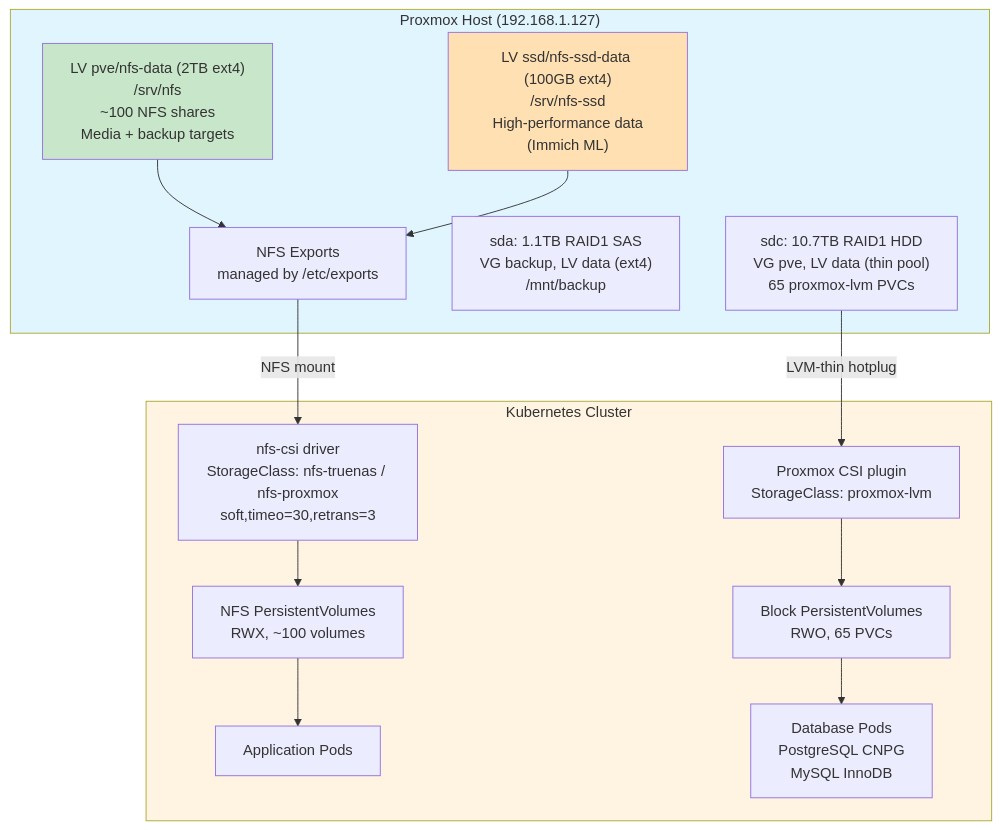
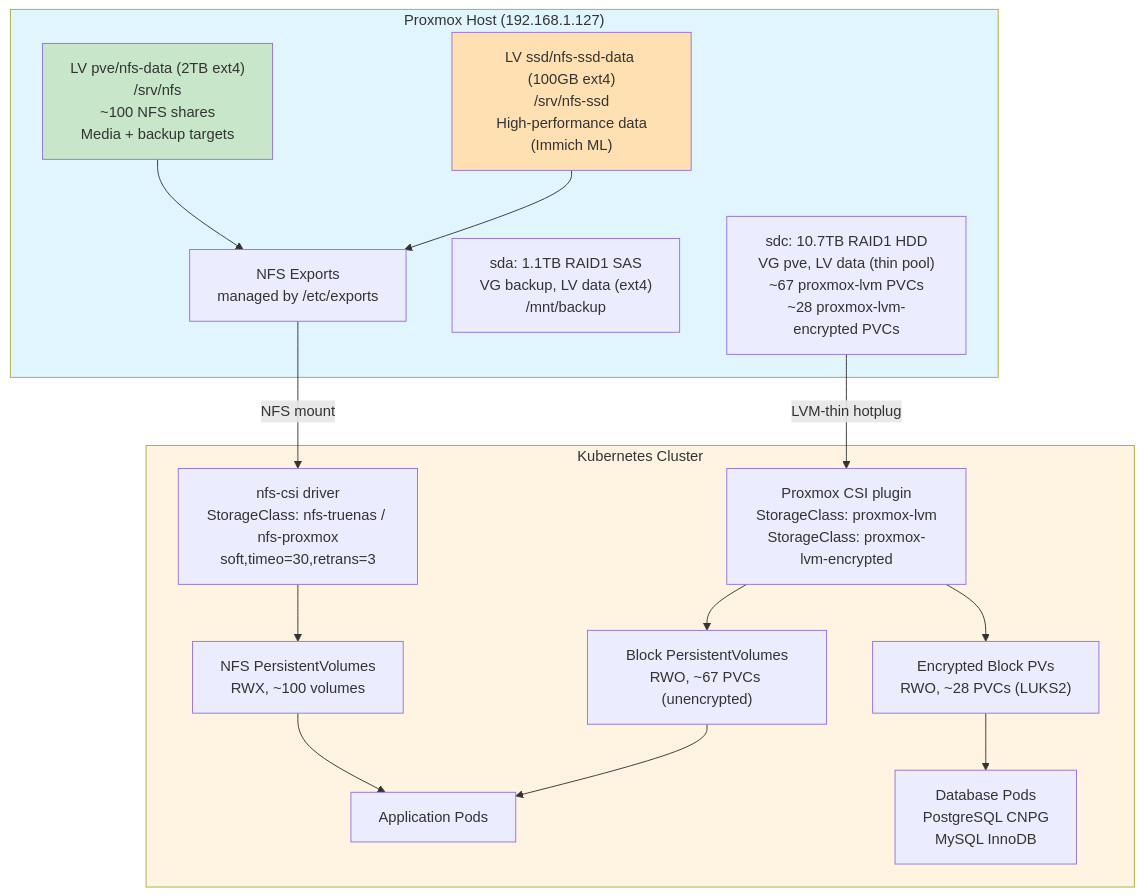
One commit to ViktorBarzin/infra changed the diagram in docs/architecture/storage.md. Above: the diagram before and after it, drawn with Mermaid. The commit also changed other lines of this file and 2 other files, not shown here.

First line of the commit message:
docs(storage): add encrypted LVM documentation

````diff
--- a/docs/architecture/storage.md
+++ b/docs/architecture/storage.md
@@ -25,37 +29,40 @@
 ```mermaid
 graph TB
     subgraph Proxmox["Proxmox Host (192.168.1.127)"]
-        sdc["sdc: 10.7TB RAID1 HDD<br/>VG pve, LV data (thin pool)<br/>65 proxmox-lvm PVCs"]
+        sdc["sdc: 10.7TB RAID1 HDD<br/>VG pve, LV data (thin pool)<br/>~67 proxmox-lvm PVCs<br/>~28 proxmox-lvm-encrypted PVCs"]
         sda["sda: 1.1TB RAID1 SAS<br/>VG backup, LV data (ext4)<br/>/mnt/backup"]
         NFS_HDD["LV pve/nfs-data (2TB ext4)<br/>/srv/nfs<br/>~100 NFS shares<br/>Media + backup targets"]
         NFS_SSD["LV ssd/nfs-ssd-data (100GB ext4)<br/>/srv/nfs-ssd<br/>High-performance data<br/>(Immich ML)"]
         NFS_Exports["NFS Exports<br/>managed by /etc/exports"]
         NFS_HDD --> NFS_Exports
         NFS_SSD --> NFS_Exports
     end
 
     subgraph K8s["Kubernetes Cluster"]
         CSI_NFS["nfs-csi driver<br/>StorageClass: nfs-truenas / nfs-proxmox<br/>soft,timeo=30,retrans=3"]
-        CSI_PVE["Proxmox CSI plugin<br/>StorageClass: proxmox-lvm"]
+        CSI_PVE["Proxmox CSI plugin<br/>StorageClass: proxmox-lvm<br/>StorageClass: proxmox-lvm-encrypted"]
 
         NFS_PV["NFS PersistentVolumes<br/>RWX, ~100 volumes"]
-        Block_PV["Block PersistentVolumes<br/>RWO, 65 PVCs"]
+        Block_PV["Block PersistentVolumes<br/>RWO, ~67 PVCs (unencrypted)"]
+        Enc_PV["Encrypted Block PVs<br/>RWO, ~28 PVCs (LUKS2)"]
 
         Pods["Application Pods"]
         DBPods["Database Pods<br/>PostgreSQL CNPG<br/>MySQL InnoDB"]
     end
 
     NFS_Exports -->|NFS mount| CSI_NFS
     sdc -->|LVM-thin hotplug| CSI_PVE
 
     CSI_NFS --> NFS_PV
     CSI_PVE --> Block_PV
+    CSI_PVE --> Enc_PV
 
     NFS_PV --> Pods
-    Block_PV --> DBPods
+    Block_PV --> Pods
+    Enc_PV --> DBPods
 
     style Proxmox fill:#e1f5ff
     style K8s fill:#fff4e1
     style NFS_HDD fill:#c8e6c9
     style NFS_SSD fill:#ffe0b2
 ```
````
